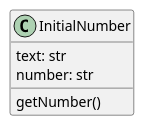
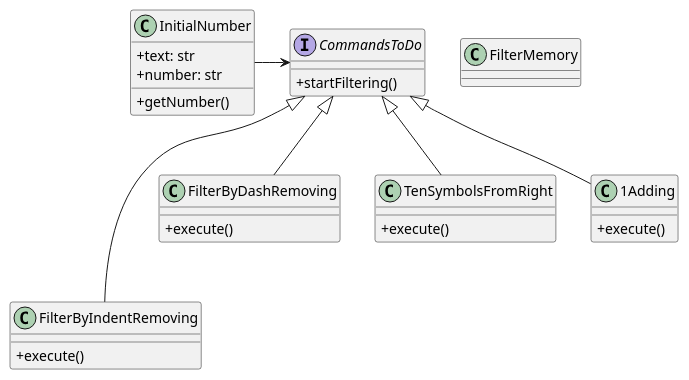
Before and after one commit to imamMahdiIsComing/forFIS: the diagram in Sequence.puml, drawn with PlantUML. The commit also changed other lines of this file, not shown here.

Commit message:
Main classes added

```diff
--- a/Sequence.puml
+++ b/Sequence.puml
@@ -1,11 +1,33 @@
 @startuml
-
+skinparam classAttributeIconSize 0
 class InitialNumber {
-text: str
-number: str
-getNumber()
++text: str
++number: str
++getNumber()
 }
 
+interface CommandsToDo {
++startFiltering()
+}
+class FilterMemory
 
+class FilterByIndentRemoving {
++execute()
+}
+class FilterByDashRemoving {
++execute()
+}
+class TenSymbolsFromRight {
++execute()
+}
+class 1Adding {
++execute()
+}
+
+InitialNumber -> CommandsToDo
+CommandsToDo <|--- FilterByIndentRemoving
+CommandsToDo <|-- FilterByDashRemoving
+CommandsToDo <|-- TenSymbolsFromRight
+CommandsToDo <|-- 1Adding
 
 @enduml
```
